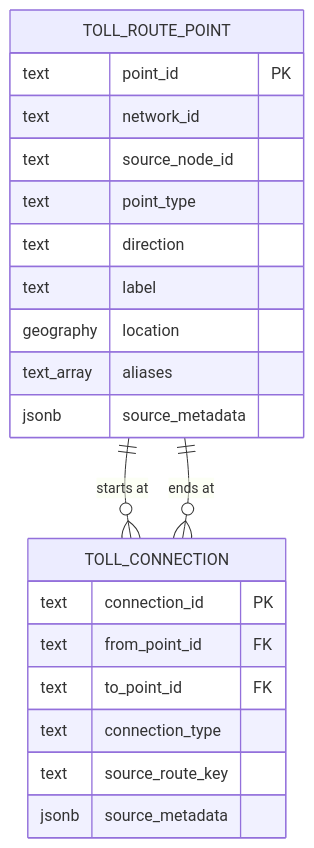
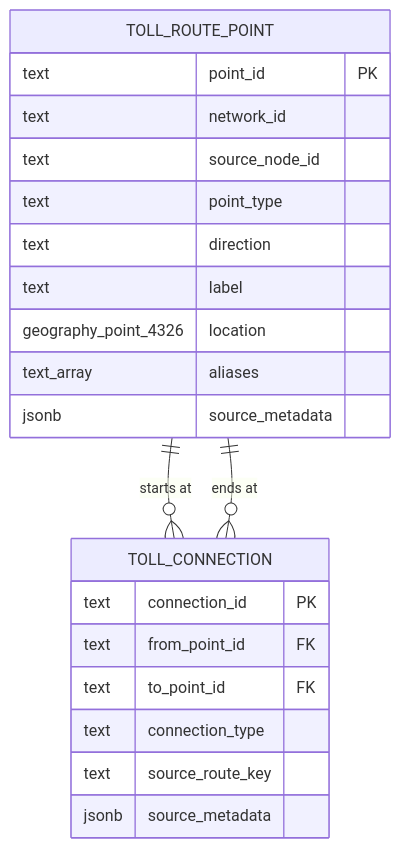
One commit to rhprasad0/nova-toll-budget-agent changed the diagram in v2/docs/oracle-spec.md. Above: the diagram before and after it, drawn with Mermaid. The commit also changed other lines of this file, not shown here.

````diff
--- a/v2/docs/oracle-spec.md
+++ b/v2/docs/oracle-spec.md
@@ -59,26 +150,26 @@
 ```mermaid
 erDiagram
     TOLL_ROUTE_POINT ||--o{ TOLL_CONNECTION : "starts at"
     TOLL_ROUTE_POINT ||--o{ TOLL_CONNECTION : "ends at"
 
     TOLL_ROUTE_POINT {
         text point_id PK
         text network_id
         text source_node_id
         text point_type
         text direction
         text label
-        geography location
+        geography_point_4326 location
         text_array aliases
         jsonb source_metadata
     }
 
     TOLL_CONNECTION {
         text connection_id PK
         text from_point_id FK
         text to_point_id FK
         text connection_type
         text source_route_key
         jsonb source_metadata
     }
 ```
````
